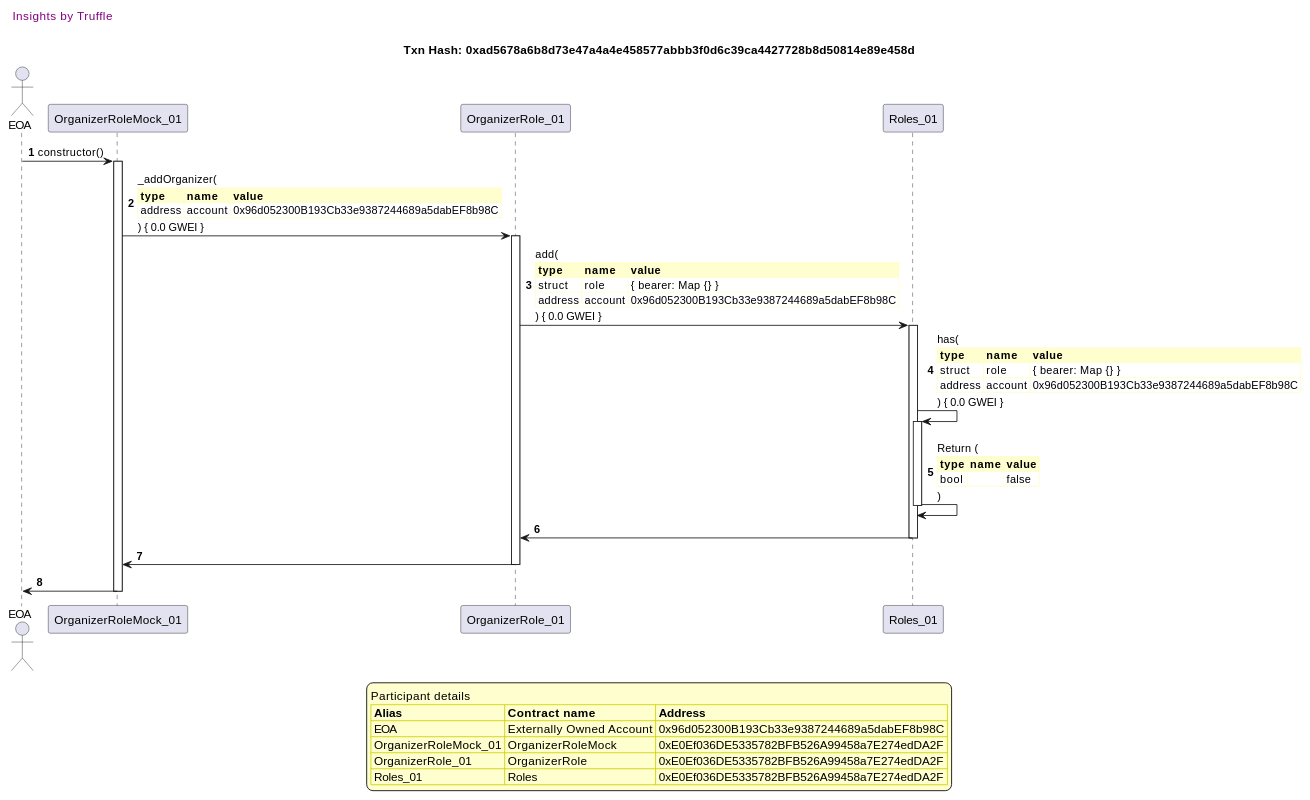
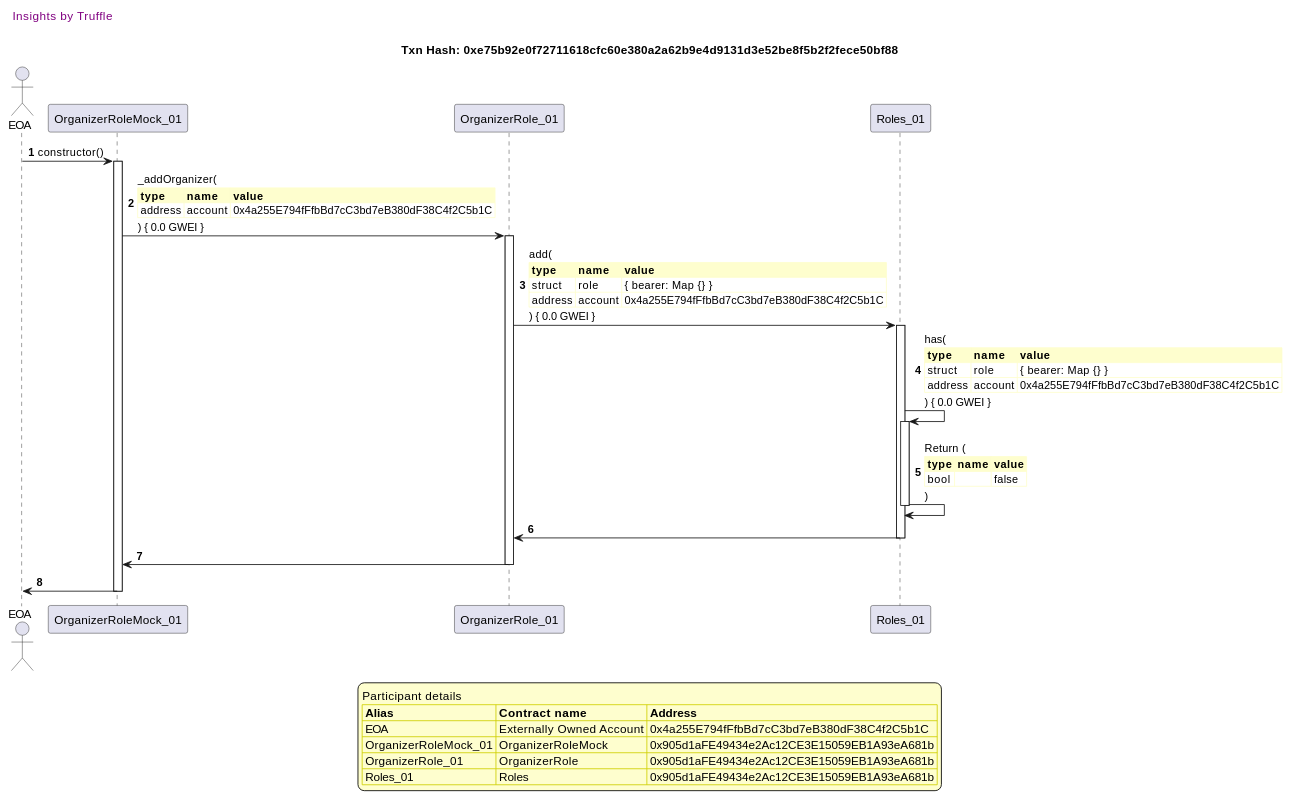
Before and after one commit to fodisi/hackapay: the first of 41 diagrams in truffle-seq/roles_organizerrole.md, drawn with PlantUML. The commit also changed other lines of this file and 10 other files, not shown here.

````diff
--- a/truffle-seq/roles_organizerrole.md
+++ b/truffle-seq/roles_organizerrole.md
@@ -13,61 +13,61 @@
 ```plantuml
 
 
 @startuml
 
 autonumber
 skinparam legendBackgroundColor #FEFECE
 
 <style>
       header {
         HorizontalAlignment left
         FontColor purple
         FontSize 14
         Padding 10
       }
     </style>
 
 header Insights by Truffle
 
-title Txn Hash: 0xad5678a6b8d73e47a4a4e458577abbb3f0d6c39ca4427728b8d50814e89e458d
+title Txn Hash: 0xe75b92e0f72711618cfc60e380a2a62b9e4d9131d3e52be8f5b2f2fece50bf88
 
 
 actor EOA as "EOA"
 participant OrganizerRoleMock_01 as "OrganizerRoleMock_01"
 participant OrganizerRole_01 as "OrganizerRole_01"
 participant Roles_01 as "Roles_01"
 
 "EOA" -> "OrganizerRoleMock_01" ++: constructor()
 "OrganizerRoleMock_01" -> "OrganizerRole_01" ++: _addOrganizer(\n\
 <#FEFECE,#FEFECE>|= type |= name |= value |\n\
-| address | account | 0x96d052300B193Cb33e9387244689a5dabEF8b98C |\n\
+| address | account | 0x4a255E794fFfbBd7cC3bd7eB380dF38C4f2C5b1C |\n\
 ) { 0.0 GWEI }
 "OrganizerRole_01" -> "Roles_01" ++: add(\n\
 <#FEFECE,#FEFECE>|= type |= name |= value |\n\
 | struct | role | { bearer: Map {} } |\n\
-| address | account | 0x96d052300B193Cb33e9387244689a5dabEF8b98C |\n\
+| address | account | 0x4a255E794fFfbBd7cC3bd7eB380dF38C4f2C5b1C |\n\
 ) { 0.0 GWEI }
 "Roles_01" -> "Roles_01" ++: has(\n\
 <#FEFECE,#FEFECE>|= type |= name |= value |\n\
 | struct | role | { bearer: Map {} } |\n\
-| address | account | 0x96d052300B193Cb33e9387244689a5dabEF8b98C |\n\
+| address | account | 0x4a255E794fFfbBd7cC3bd7eB380dF38C4f2C5b1C |\n\
 ) { 0.0 GWEI }
 "Roles_01" -> "Roles_01" --: Return (\n\
 <#FEFECE,#FEFECE>|= type |= name |= value |\n\
 | bool |  | false |\n\
 )
 "Roles_01" -> "OrganizerRole_01" --: 
 "OrganizerRole_01" -> "OrganizerRoleMock_01" --: 
 "OrganizerRoleMock_01" -> "EOA" --: 
 
 legend
 Participant details
 <#FEFECE,#D0D000>|= Alias |= Contract name |= Address |
-<#FEFECE>| EOA | Externally Owned Account | 0x96d052300B193Cb33e9387244689a5dabEF8b98C |
-<#FEFECE>| OrganizerRoleMock_01 | OrganizerRoleMock | 0xE0Ef036DE5335782BFB526A99458a7E274edDA2F |
-<#FEFECE>| OrganizerRole_01 | OrganizerRole | 0xE0Ef036DE5335782BFB526A99458a7E274edDA2F |
-<#FEFECE>| Roles_01 | Roles | 0xE0Ef036DE5335782BFB526A99458a7E274edDA2F |
+<#FEFECE>| EOA | Externally Owned Account | 0x4a255E794fFfbBd7cC3bd7eB380dF38C4f2C5b1C |
+<#FEFECE>| OrganizerRoleMock_01 | OrganizerRoleMock | 0x905d1aFE49434e2Ac12CE3E15059EB1A93eA681b |
+<#FEFECE>| OrganizerRole_01 | OrganizerRole | 0x905d1aFE49434e2Ac12CE3E15059EB1A93eA681b |
+<#FEFECE>| Roles_01 | Roles | 0x905d1aFE49434e2Ac12CE3E15059EB1A93eA681b |
 endlegend
 
 @enduml
 ```
````
